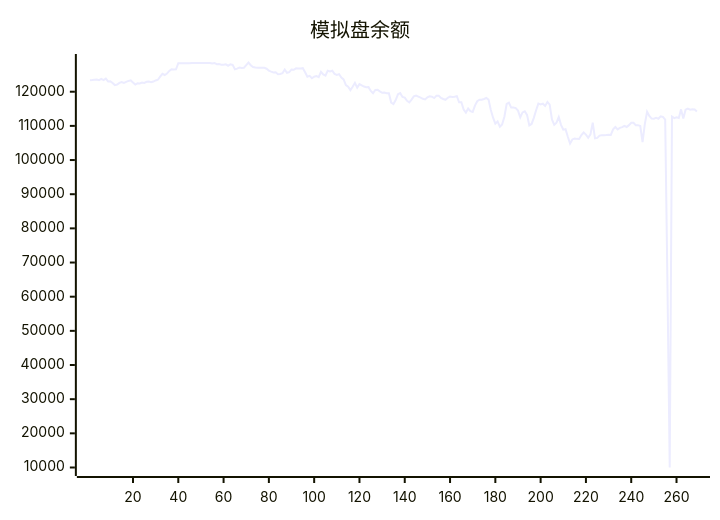
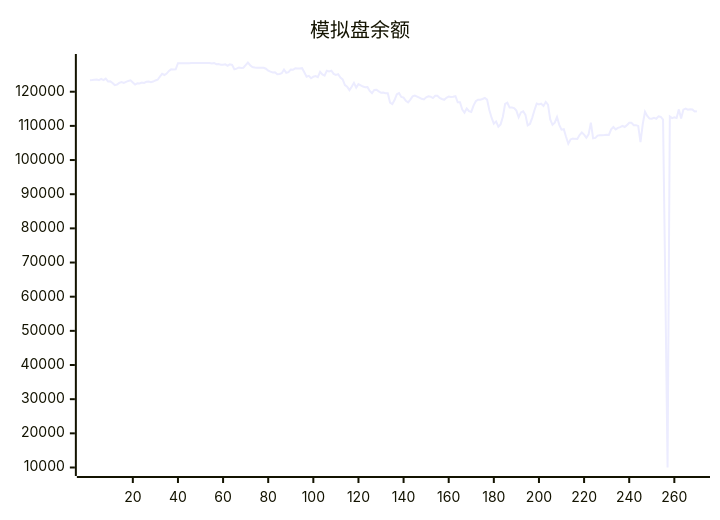
Before and after one commit to aahl/ai-trading: the diagram in README.md, drawn with Mermaid. The commit also changed other lines of this file and 1 other file, not shown here.

````diff
--- a/README.md
+++ b/README.md
@@ -5,5 +5,5 @@
 ```mermaid
 xychart
     title "模拟盘余额"
-    line [123338,123402,123530,123592,123378,123745,123413,123853,123009,123040,122557,121938,122095,122599,122856,122597,122898,123160,123319,122719,122087,122454,122416,122685,122592,122907,122961,122776,122981,123295,123507,124403,125224,124894,125303,126088,126544,126534,126549,128335,128318,128318,128318,128318,128318,128424,128424,128424,128424,128424,128424,128424,128424,128424,128247,128412,128062,128087,127917,127901,128026,127611,128000,127850,126572,126770,127100,126971,127029,127783,128554,127765,127224,127064,127044,127009,127025,127004,126738,126152,125871,125635,125707,125117,125217,125420,126480,125545,125715,126511,126424,126856,126764,126788,126890,125710,124381,124632,123936,124402,124574,124256,125833,125070,124739,126154,125966,126145,125213,124943,125143,124157,123604,121959,121476,120476,121470,122610,121201,122221,121889,121522,121332,121344,120232,119559,120513,120577,120108,119680,119777,119572,119568,116839,116392,117573,119250,119585,118469,118277,117338,116897,117706,118628,118849,118579,118280,117926,117735,118373,118639,118544,118136,118798,118819,118162,117874,117649,118215,118601,118463,118517,118713,116911,116899,114798,113887,115084,114313,114091,115934,117221,117658,117658,117883,118164,117693,114632,112403,110644,111313,109777,110444,112673,116419,116772,115355,115355,115198,114476,112510,113954,114276,113223,110151,110561,112361,114562,116522,116265,116500,115845,117000,116199,111887,110306,110942,112588,110318,108891,109011,106814,104811,106038,106327,106201,106180,107315,108068,107463,106528,107530,110941,106346,106482,107161,107268,107270,107302,107426,107340,108985,109681,108962,109404,109645,110030,109680,110214,110918,110897,110215,110212,109962,105235,110525,114151,112895,112137,112083,112329,112094,112784,112613,111829,63445,10000,112734,112268,112496,112313,114832,112156,114730,115058,114728,114866,114804,114208]
+    line [123338,123402,123530,123592,123378,123745,123413,123853,123009,123040,122557,121938,122095,122599,122856,122597,122898,123160,123319,122719,122087,122454,122416,122685,122592,122907,122961,122776,122981,123295,123507,124403,125224,124894,125303,126088,126544,126534,126549,128335,128318,128318,128318,128318,128318,128424,128424,128424,128424,128424,128424,128424,128424,128424,128247,128412,128062,128087,127917,127901,128026,127611,128000,127850,126572,126770,127100,126971,127029,127783,128554,127765,127224,127064,127044,127009,127025,127004,126738,126152,125871,125635,125707,125117,125217,125420,126480,125545,125715,126511,126424,126856,126764,126788,126890,125710,124381,124632,123936,124402,124574,124256,125833,125070,124739,126154,125966,126145,125213,124943,125143,124157,123604,121959,121476,120476,121470,122610,121201,122221,121889,121522,121332,121344,120232,119559,120513,120577,120108,119680,119777,119572,119568,116839,116392,117573,119250,119585,118469,118277,117338,116897,117706,118628,118849,118579,118280,117926,117735,118373,118639,118544,118136,118798,118819,118162,117874,117649,118215,118601,118463,118517,118713,116911,116899,114798,113887,115084,114313,114091,115934,117221,117658,117658,117883,118164,117693,114632,112403,110644,111313,109777,110444,112673,116419,116772,115355,115355,115198,114476,112510,113954,114276,113223,110151,110561,112361,114562,116522,116265,116500,115845,117000,116199,111887,110306,110942,112588,110318,108891,109011,106814,104811,106038,106327,106201,106180,107315,108068,107463,106528,107530,110941,106346,106482,107161,107268,107270,107302,107426,107340,108985,109681,108962,109404,109645,110030,109680,110214,110918,110897,110215,110212,109962,105235,110525,114151,112895,112137,112083,112329,112094,112784,112613,111829,63445,10000,112734,112268,112496,112313,114832,112156,114730,115058,114728,114866,114804,114208,114302]
 ```
````
